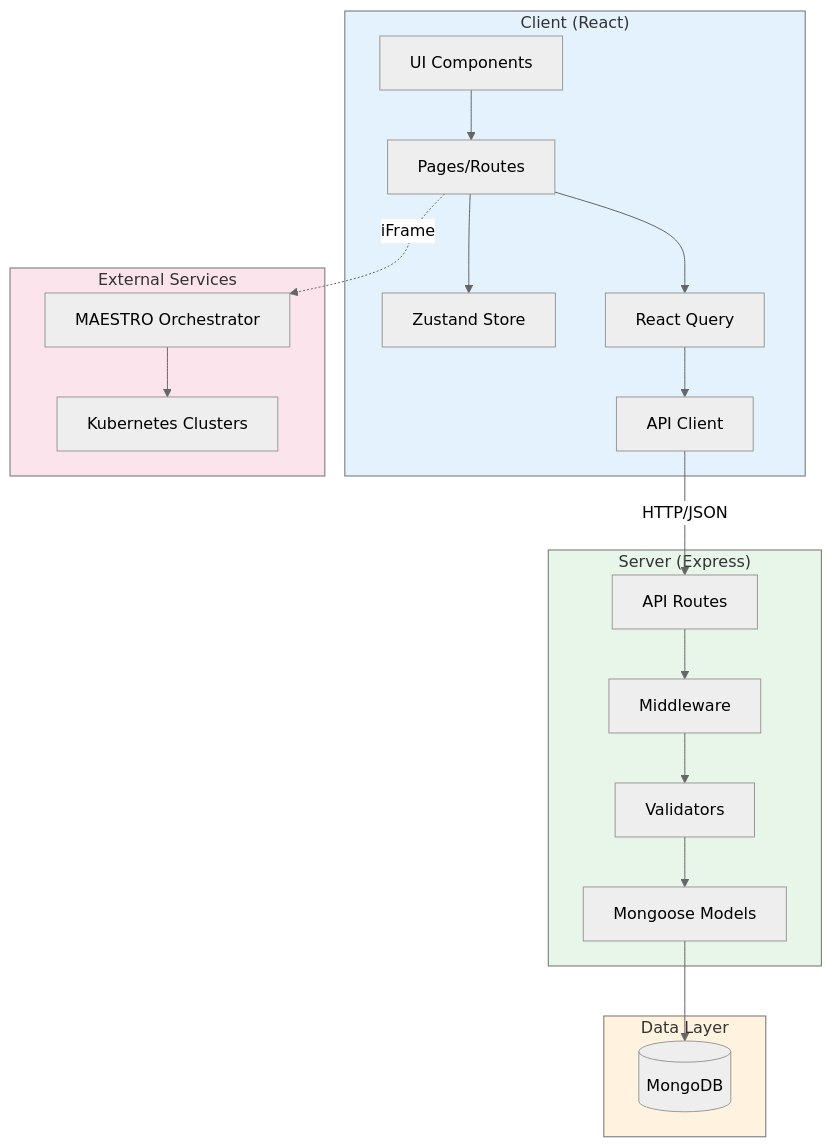
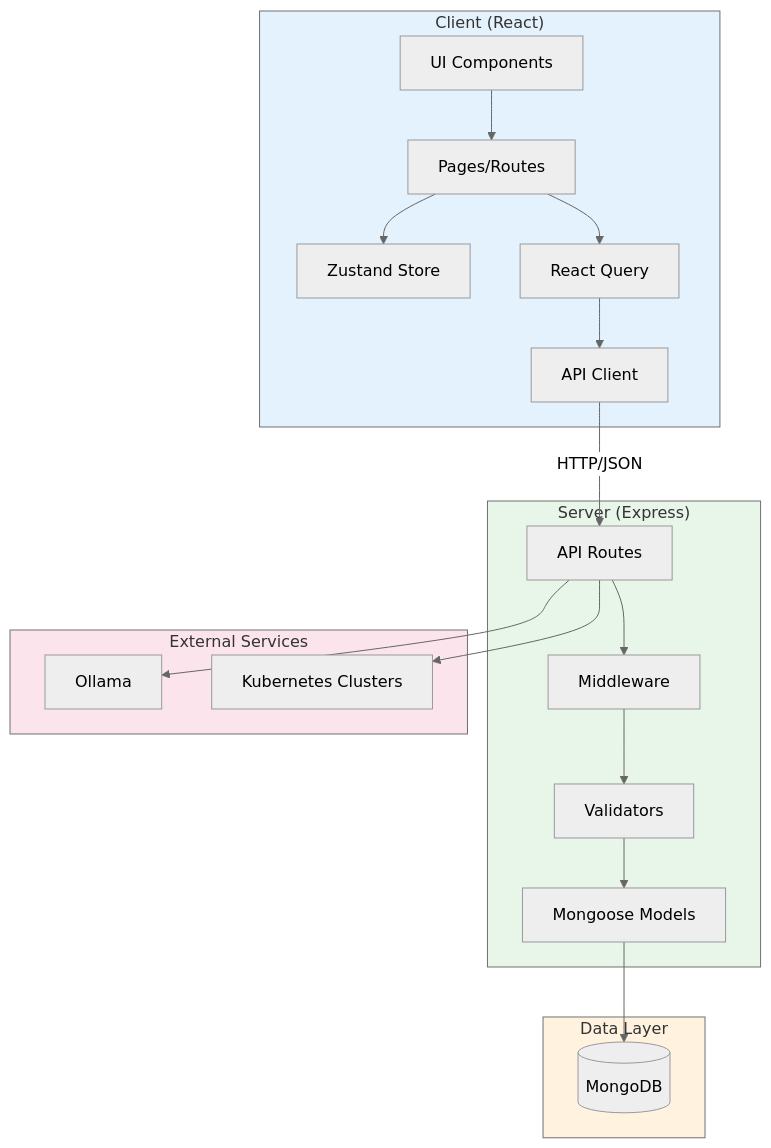
Before and after one commit to montimage-projects/mi-digitaltwin-management-service: the first of 3 diagrams in docs/architecture/overview.md, drawn with Mermaid (neutral theme). The commit also changed other lines of this file and 65 other files, not shown here.

````diff
--- a/docs/architecture/overview.md
+++ b/docs/architecture/overview.md
@@ -7,44 +7,44 @@
 ```mermaid
 graph TB
  subgraph Client["Client (React)"]
  UI[UI Components]
  Pages[Pages/Routes]
  Store[Zustand Store]
  RQ[React Query]
  API[API Client]
  end
 
  subgraph Server["Server (Express)"]
  Routes[API Routes]
  MW[Middleware]
  Valid[Validators]
  Models[Mongoose Models]
  end
 
  subgraph Data["Data Layer"]
  DB[(MongoDB)]
  end
 
  subgraph External["External Services"]
- MAESTRO[MAESTRO Orchestrator]
+ OLLAMA[Ollama]
  K8S[Kubernetes Clusters]
  end
 
  UI --> Pages
  Pages --> Store
  Pages --> RQ
  RQ --> API
  API -->|HTTP/JSON| Routes
  Routes --> MW
  MW --> Valid
  Valid --> Models
  Models --> DB
 
- Pages -.->|iFrame| MAESTRO
- MAESTRO --> K8S
+ Routes --> OLLAMA
+ Routes --> K8S
 
  style Client fill:#e3f2fd
  style Server fill:#e8f5e9
  style Data fill:#fff3e0
  style External fill:#fce4ec
 ```
````
